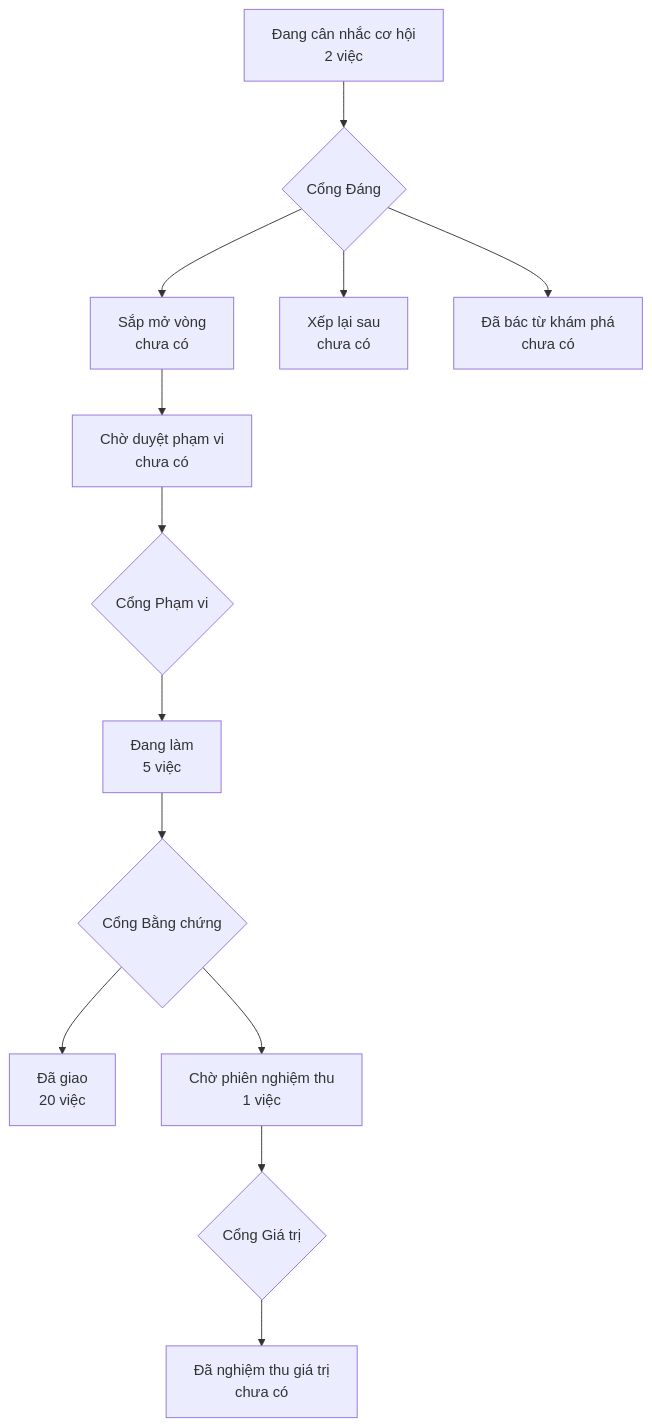
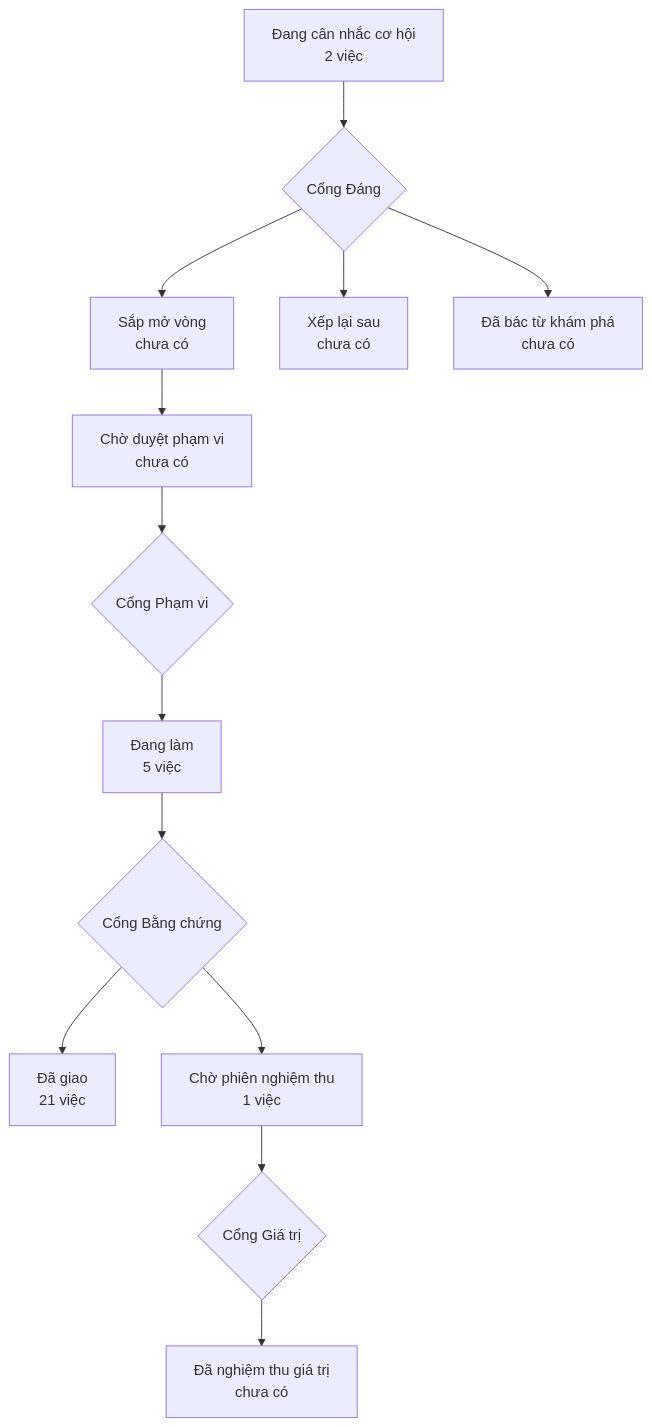
The diagram in PRODUCT-MAP.md (phanlemanh/crm-onehub), drawn with Mermaid before and after one commit. The commit also changed other lines of this file and 3 other files, not shown here.

````diff
--- a/PRODUCT-MAP.md
+++ b/PRODUCT-MAP.md
@@ -6,12 +6,12 @@
 ```mermaid
 flowchart TD
   A["Đang cân nhắc cơ hội<br/>2 việc"] --> GD{"Cổng Đáng"}
   GD --> B["Sắp mở vòng<br/>chưa có"]
   GD --> XL["Xếp lại sau<br/>chưa có"]
   GD --> DB["Đã bác từ khám phá<br/>chưa có"]
   B --> CD["Chờ duyệt phạm vi<br/>chưa có"] --> GP{"Cổng Phạm vi"}
   GP --> DL["Đang làm<br/>5 việc"] --> GB{"Cổng Bằng chứng"}
-  GB --> DG["Đã giao<br/>20 việc"]
+  GB --> DG["Đã giao<br/>21 việc"]
   GB --> CN["Chờ phiên nghiệm thu<br/>1 việc"] --> GG{"Cổng Giá trị"}
   GG --> NT["Đã nghiệm thu giá trị<br/>chưa có"]
 ```
````
